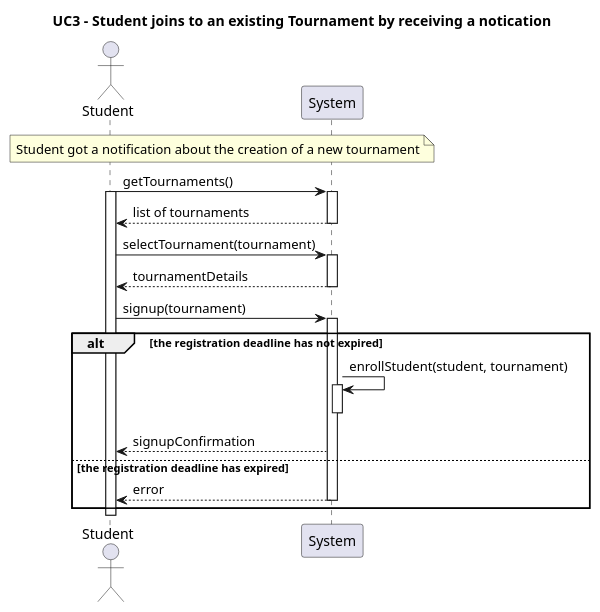
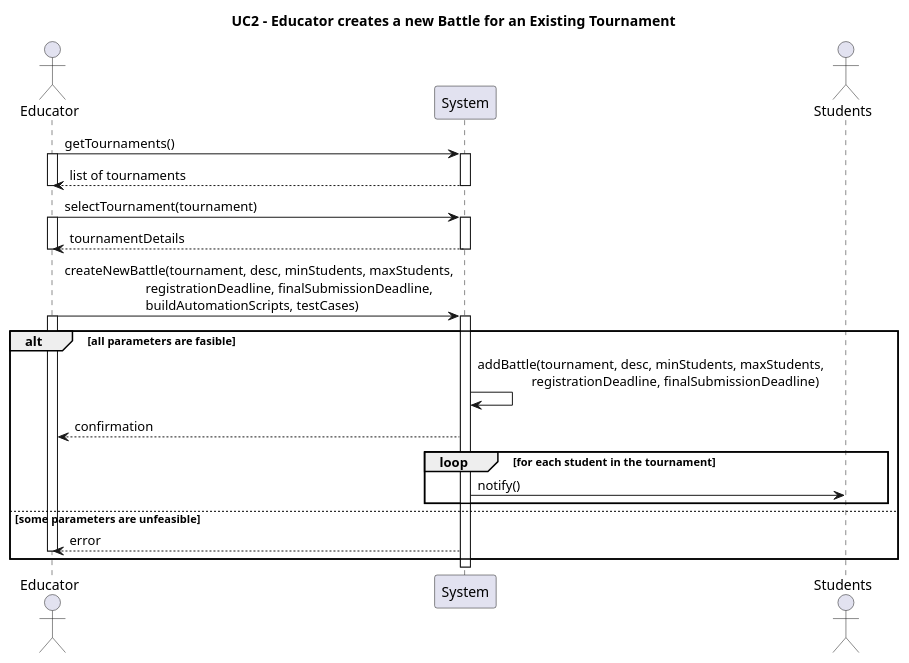
Before and after one commit to Furrrlo/CodeKataBattle: the diagram in rasd/puml/UC3.puml, drawn with PlantUML. The commit also changed 10 other files, not shown here.

```diff
--- a/rasd/puml/UC3.puml
+++ b/rasd/puml/UC3.puml
@@ -1,25 +1,46 @@
-@startuml UC3
-title UC3 - Student joins to an existing Tournament by receiving a notication      
-actor Student
+@startuml UC2
+title UC2 - Educator creates a new Battle for an Existing Tournament    
+
+actor Educator
+
 participant System
+actor Students
 
-note across: Student got a notification about the creation of a new tournament
+Educator -> System ++: getTournaments()
+activate Educator
+System --> Educator--: list of tournaments
+deactivate Educator
 
-Student -> System ++: getTournaments()
-activate Student
-System --> Student--: list of tournaments
+Educator -> System ++: selectTournament(tournament)
+activate Educator
+System --> Educator--: tournamentDetails
+deactivate Educator
+
+Educator -> System ++: createNewBattle(tournament, desc, minStudents, maxStudents,\n\t\t\tregistrationDeadline, finalSubmissionDeadline,\n\t\t\tbuildAutomationScripts, testCases)
+
+alt all parameters are fasible
+    activate Educator
+
+    System -> System: addBattle(tournament, desc, minStudents, maxStudents,\n\t\tregistrationDeadline, finalSubmissionDeadline)
+
+    System --> Educator: confirmation
+    
+
+    loop for each student in the tournament
+        System -> Students : notify()
+
+    end
+
+else some parameters are unfeasible
+    System --> Educator: error
+    deactivate Educator
+end
 
 
 
-Student -> System ++ : selectTournament(tournament)
-Student <-- System -- : tournamentDetails
 
-Student -> System ++ : signup(tournament)
-alt the registration deadline has not expired
-    System -> System ++-- : enrollStudent(student, tournament)
-    Student <-- System : signupConfirmation
-else the registration deadline has expired
-    Student <-- System -- : error
-end
-deactivate Student
+
+
+
+
 @enduml
```
